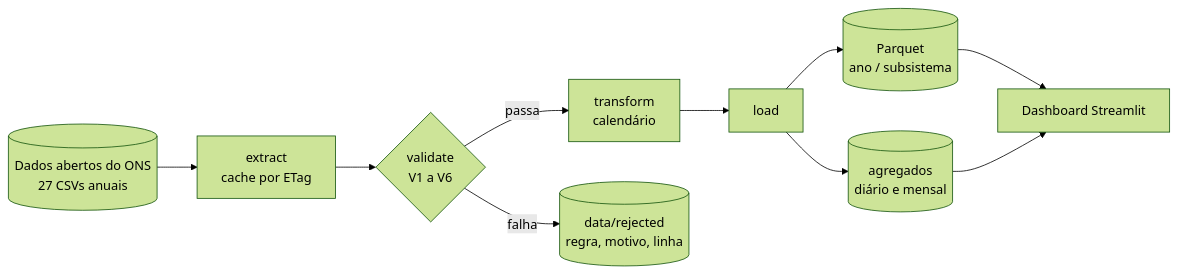
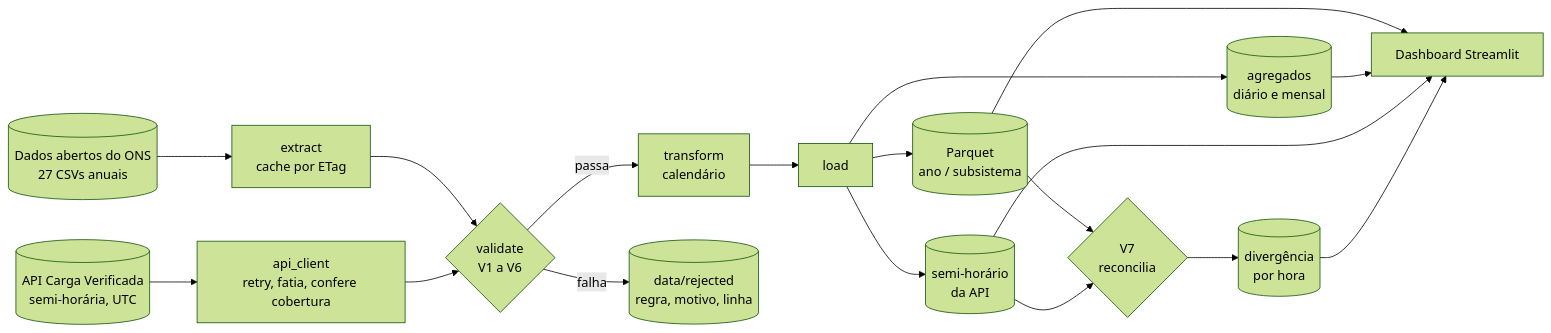
One commit to dev-gabrielferreira/energy-load-etl changed the diagram in README.pt-BR.md. Above: the diagram before and after it, drawn with Mermaid (forest theme). The commit also changed other lines of this file and 16 other files, not shown here.

Commit message:
feat: fonte incremental via API de Carga Verificada, com reconciliacao V7

````diff
--- a/README.pt-BR.md
+++ b/README.pt-BR.md
@@ -29,12 +34,20 @@
 ```mermaid
 flowchart LR
     ONS[("Dados abertos do ONS<br/>27 CSVs anuais")] --> E[extract<br/>cache por ETag]
+    API[("API Carga Verificada<br/>semi-horária, UTC")] --> C[api_client<br/>retry, fatia, confere cobertura]
     E --> V{validate<br/>V1 a V6}
+    C --> V
     V -->|passa| T[transform<br/>calendário]
     V -->|falha| R[("data/rejected<br/>regra, motivo, linha")]
     T --> L[load]
     L --> P[("Parquet<br/>ano / subsistema")]
     L --> A[("agregados<br/>diário e mensal")]
+    L --> H[("semi-horário<br/>da API")]
+    P --> W{V7<br/>reconcilia}
+    H --> W
+    W --> RC[("divergência<br/>por hora")]
     P --> D[Dashboard Streamlit]
     A --> D
+    H --> D
+    RC --> D
 ```
````
